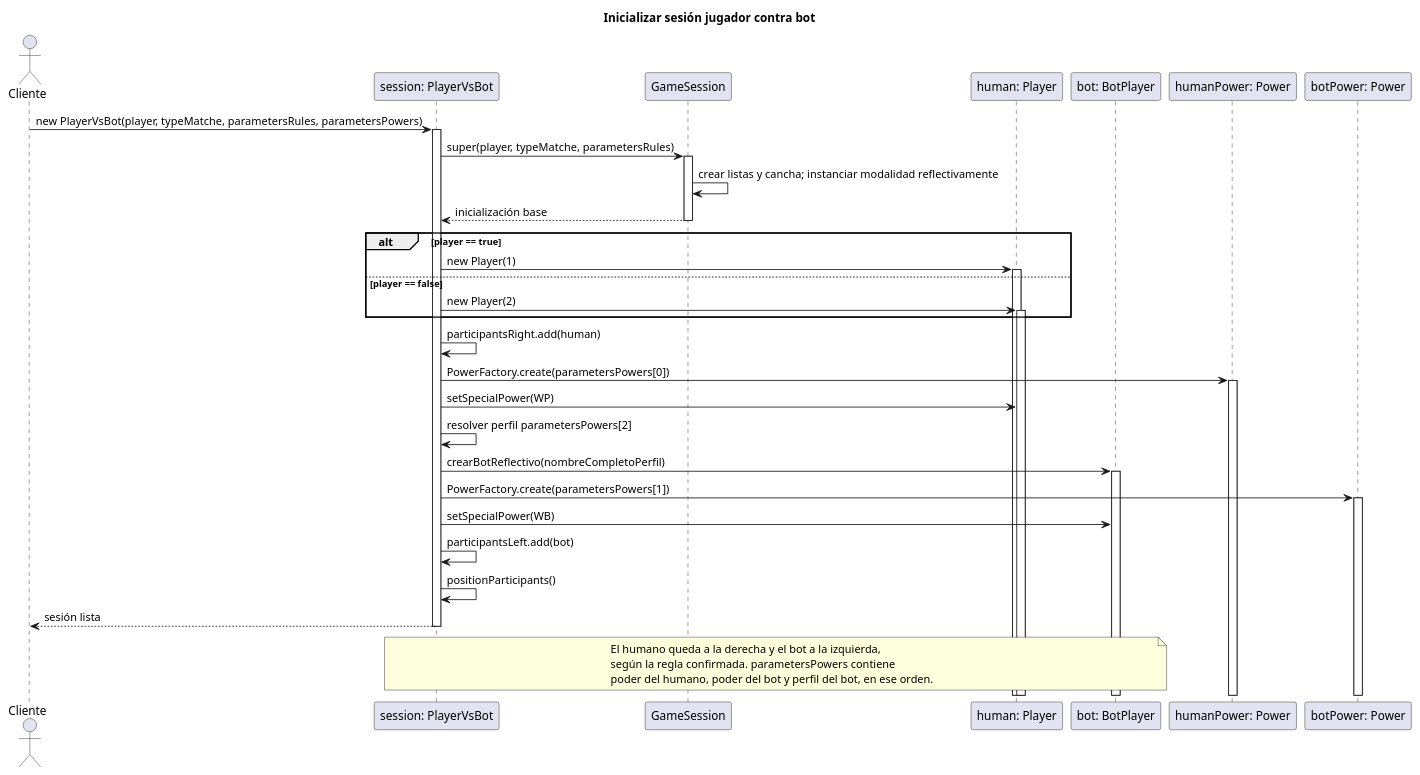
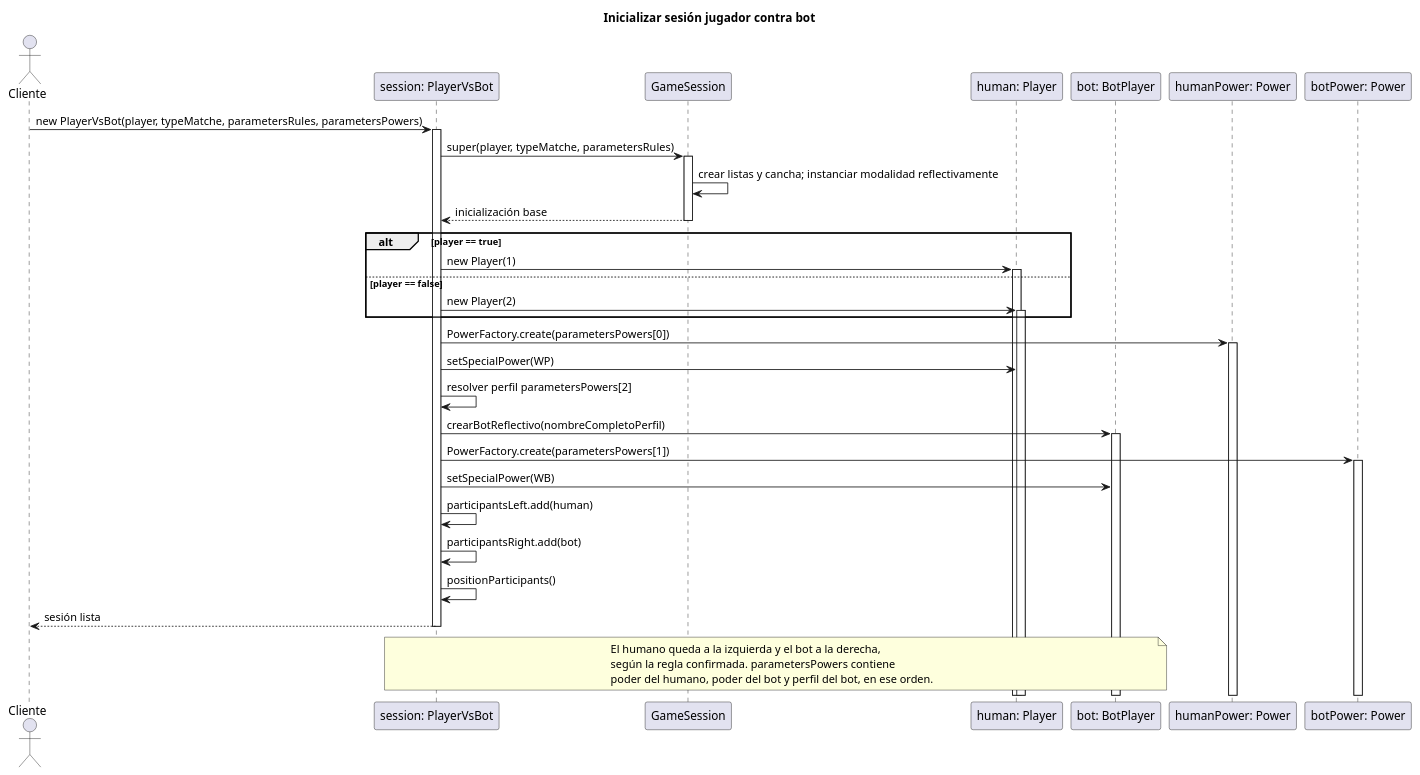
One commit to PaglkG/ProyectoFinal-Dopo changed the diagram in docs/uml/player-vs-bot-sequence.puml. Above: the diagram before and after it, drawn with PlantUML. The commit also changed 69 other files, not shown here.

```diff
--- a/docs/uml/player-vs-bot-sequence.puml
+++ b/docs/uml/player-vs-bot-sequence.puml
@@ -1,35 +1,35 @@
 @startuml
 title Inicializar sesión jugador contra bot
 actor Cliente
 participant "session: PlayerVsBot" as S
 participant "GameSession" as Base
 participant "human: Player" as P
 participant "bot: BotPlayer" as B
 participant "humanPower: Power" as WP
 participant "botPower: Power" as WB
 
 Cliente -> S ++: new PlayerVsBot(player, typeMatche, parametersRules, parametersPowers)
 S -> Base ++: super(player, typeMatche, parametersRules)
 Base -> Base: crear listas y cancha; instanciar modalidad reflectivamente
 Base --> S --: inicialización base
 alt player == true
   S -> P ++: new Player(1)
 else player == false
   S -> P ++: new Player(2)
 end
-S -> S: participantsRight.add(human)
 S -> WP ++: PowerFactory.create(parametersPowers[0])
 S -> P: setSpecialPower(WP)
 S -> S: resolver perfil parametersPowers[2]
 S -> B ++: crearBotReflectivo(nombreCompletoPerfil)
 S -> WB ++: PowerFactory.create(parametersPowers[1])
 S -> B: setSpecialPower(WB)
-S -> S: participantsLeft.add(bot)
+S -> S: participantsLeft.add(human)
+S -> S: participantsRight.add(bot)
 S -> S: positionParticipants()
 S --> Cliente --: sesión lista
 note over S,B
-  El humano queda a la derecha y el bot a la izquierda,
+  El humano queda a la izquierda y el bot a la derecha,
   según la regla confirmada. parametersPowers contiene
   poder del humano, poder del bot y perfil del bot, en ese orden.
 end note
 @enduml
```
